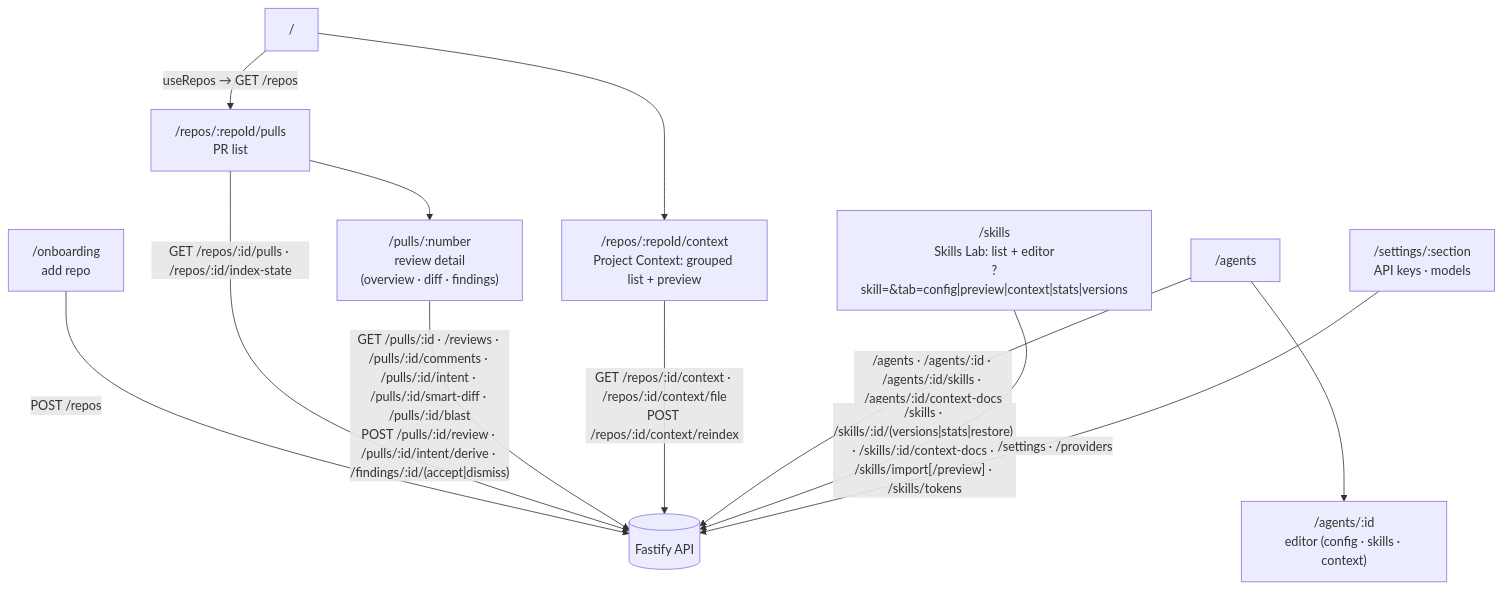
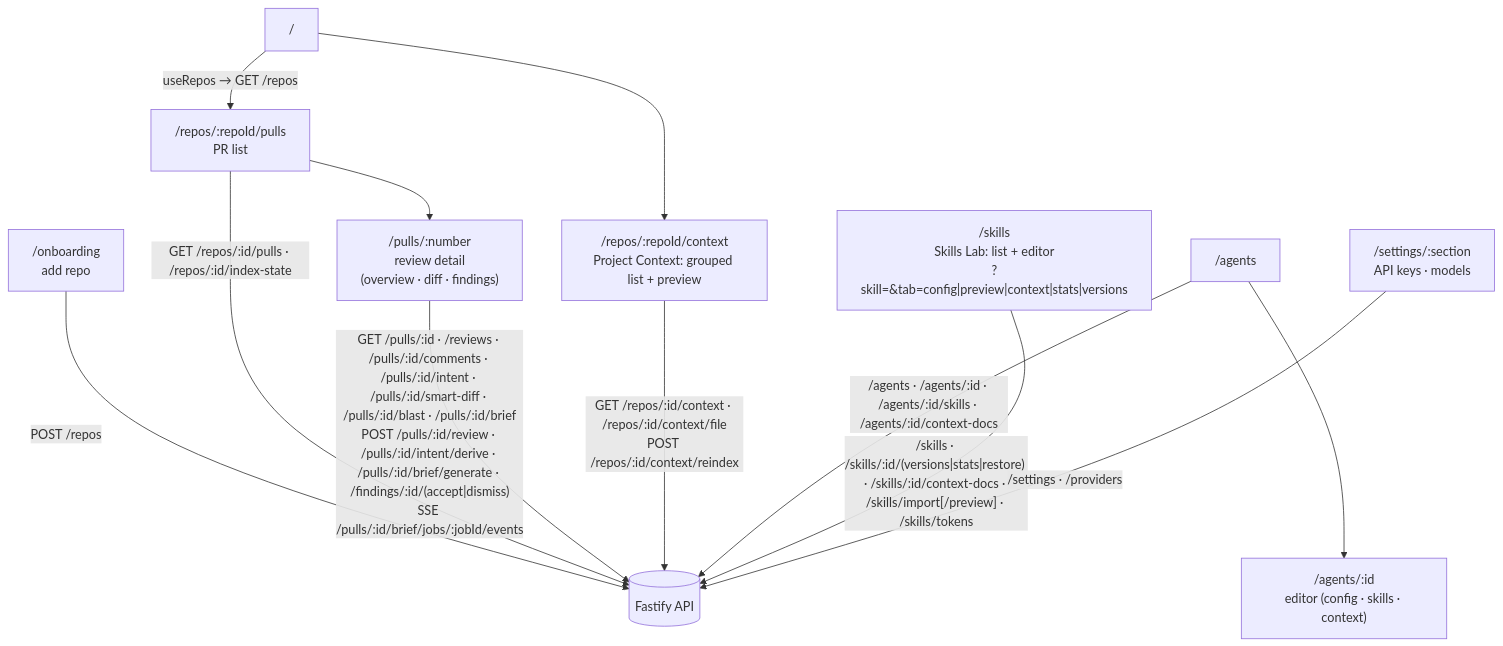
Before and after one commit to shofulk/dev-digest: the diagram in client/README.md, drawn with Mermaid. The commit also changed other lines of this file and 88 other files, not shown here.

First line of the commit message:
feat(pr-brief): grounded single-call PR Brief with SSE progress (SPEC-02)

````diff
--- a/client/README.md
+++ b/client/README.md
@@ -24,18 +24,18 @@
 ```mermaid
 flowchart TD
   ROOT["/"] -->|"useRepos → GET /repos"| PULLS["/repos/:repoId/pulls<br/>PR list"]
   ONB["/onboarding<br/>add repo"] -->|"POST /repos"| API[("Fastify API")]
   PULLS --> PR["/pulls/:number<br/>review detail<br/>(overview · diff · findings)"]
   ROOT --> CONTEXT["/repos/:repoId/context<br/>Project Context: grouped list + preview"]
 
   AGENTS["/agents"] --> AGENT["/agents/:id<br/>editor (config · skills · context)"]
   SKILLS["/skills<br/>Skills Lab: list + editor<br/>?skill=&tab=config|preview|context|stats|versions"]
   SETTINGS["/settings/:section<br/>API keys · models"]
 
   PULLS -->|"GET /repos/:id/pulls · /repos/:id/index-state"| API
-  PR -->|"GET /pulls/:id · /reviews · /pulls/:id/comments · /pulls/:id/intent · /pulls/:id/smart-diff · /pulls/:id/blast<br/>POST /pulls/:id/review · /pulls/:id/intent/derive · /findings/:id/(accept|dismiss)"| API
+  PR -->|"GET /pulls/:id · /reviews · /pulls/:id/comments · /pulls/:id/intent · /pulls/:id/smart-diff · /pulls/:id/blast · /pulls/:id/brief<br/>POST /pulls/:id/review · /pulls/:id/intent/derive · /pulls/:id/brief/generate · /findings/:id/(accept|dismiss)<br/>SSE /pulls/:id/brief/jobs/:jobId/events"| API
   CONTEXT -->|"GET /repos/:id/context · /repos/:id/context/file<br/>POST /repos/:id/context/reindex"| API
   AGENTS -->|"/agents · /agents/:id · /agents/:id/skills · /agents/:id/context-docs"| API
   SKILLS -->|"/skills · /skills/:id/(versions|stats|restore) · /skills/:id/context-docs · /skills/import[/preview] · /skills/tokens"| API
   SETTINGS -->|"/settings · /providers"| API
 ```
````
